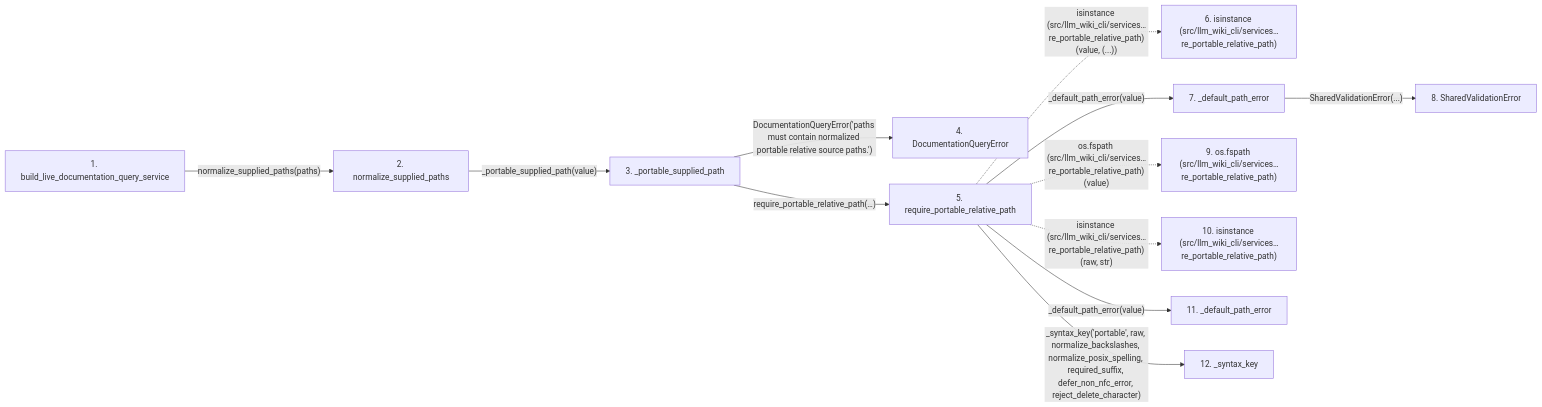
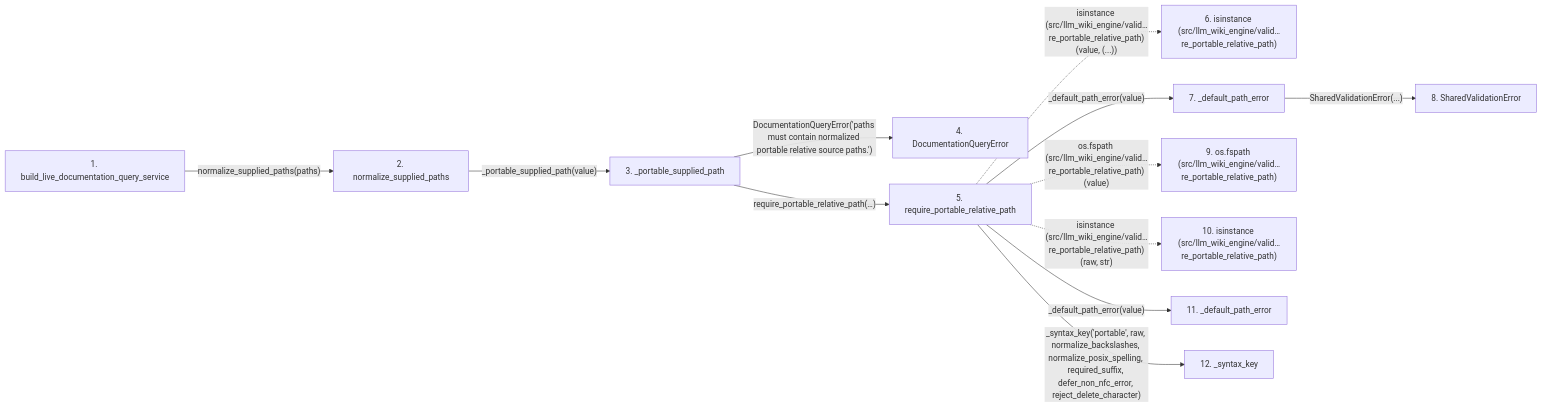
One commit to Denissvgn/python-wiki-llm changed the second of 2 diagrams in docs/llm_wiki/flows/api-build_live_documentation_query_service.md. Above: the diagram before and after it, drawn with Mermaid. The commit also changed other lines of this file and 1103 other files, not shown here.

First line of the commit message:
docs: refresh the wiki for the llm-wiki-engine distribution

````diff
--- a/docs/llm_wiki/flows/api-build_live_documentation_query_service.md
+++ b/docs/llm_wiki/flows/api-build_live_documentation_query_service.md
@@ -165,35 +165,35 @@
 ```mermaid
 flowchart LR
     s1["1. build_live_documentation_query_service"]
     s2["2. normalize_supplied_paths"]
     s3["3. _portable_supplied_path"]
     s4["4. DocumentationQueryError"]
     s5["5. require_portable_relative_path"]
-    s6["6. isinstance (src/llm_wiki_cli/services…re_portable_relative_path)"]
+    s6["6. isinstance (src/llm_wiki_engine/valid…re_portable_relative_path)"]
     s7["7. _default_path_error"]
     s8["8. SharedValidationError"]
-    s9["9. os.fspath (src/llm_wiki_cli/services…re_portable_relative_path)"]
-    s10["10. isinstance (src/llm_wiki_cli/services…re_portable_relative_path)"]
+    s9["9. os.fspath (src/llm_wiki_engine/valid…re_portable_relative_path)"]
+    s10["10. isinstance (src/llm_wiki_engine/valid…re_portable_relative_path)"]
     s11["11. _default_path_error"]
     s12["12. _syntax_key"]
     s1 -->|"normalize_supplied_paths(paths)"| s2
     s2 -->|"_portable_supplied_path(value)"| s3
     s3 -->|"DocumentationQueryError('paths must contain normalized portable relative source paths.')"| s4
     s3 -->|"require_portable_relative_path(…)"| s5
-    s5 -. "isinstance (src/llm_wiki_cli/services…re_portable_relative_path)(value, (...))" .-> s6
+    s5 -. "isinstance (src/llm_wiki_engine/valid…re_portable_relative_path)(value, (...))" .-> s6
     s5 -->|"_default_path_error(value)"| s7
     s7 -->|"SharedValidationError(...)"| s8
-    s5 -. "os.fspath (src/llm_wiki_cli/services…re_portable_relative_path)(value)" .-> s9
-    s5 -. "isinstance (src/llm_wiki_cli/services…re_portable_relative_path)(raw, str)" .-> s10
+    s5 -. "os.fspath (src/llm_wiki_engine/valid…re_portable_relative_path)(value)" .-> s9
+    s5 -. "isinstance (src/llm_wiki_engine/valid…re_portable_relative_path)(raw, str)" .-> s10
     s5 -->|"_default_path_error(value)"| s11
     s5 -->|"_syntax_key('portable', raw, normalize_backslashes, normalize_posix_spelling, required_suffix, defer_non_nfc_error, reject_delete_character)"| s12
     click s1 "../modules/documentation_query_builder.md"
     click s2 "../modules/documentation_query_builder.md"
     click s3 "../modules/documentation_query_builder.md"
     click s4 "../modules/documentation_queries.md"
     click s5 "../modules/validation.md"
     click s7 "../modules/validation.md"
     click s8 "../modules/validation.md"
     click s11 "../modules/validation.md"
     click s12 "../modules/validation.md"
 ```
````
